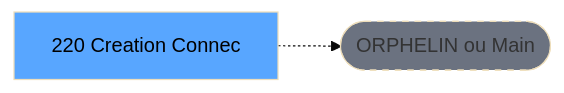
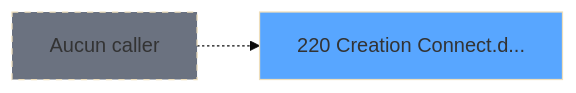
The second of 3 diagrams in .openspec/specs/ADH-IDE-220.md (thonyAGP/magic-migration), drawn with Mermaid (base theme) before and after one commit. The commit also changed other lines of this file and 493 other files, not shown here.

````diff
--- a/.openspec/specs/ADH-IDE-220.md
+++ b/.openspec/specs/ADH-IDE-220.md
@@ -121,8 +112,8 @@
 ```mermaid
 graph LR
-    T[220 Creation Connec]
-    ORPHAN([ORPHELIN ou Main])
-    T -.-> ORPHAN
-    style T fill:#58a6ff,color:#000
-    style ORPHAN fill:#6b7280,stroke-dasharray: 5 5
+    T220[220 Creation Connect.d...]
+    style T220 fill:#58a6ff
+    NONE[Aucun caller]
+    NONE -.-> T220
+    style NONE fill:#6b7280,stroke-dasharray: 5 5
 ```
````
